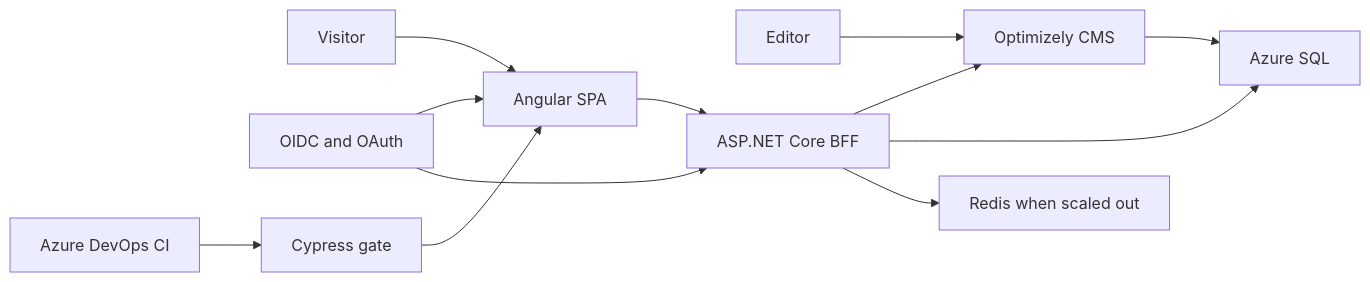
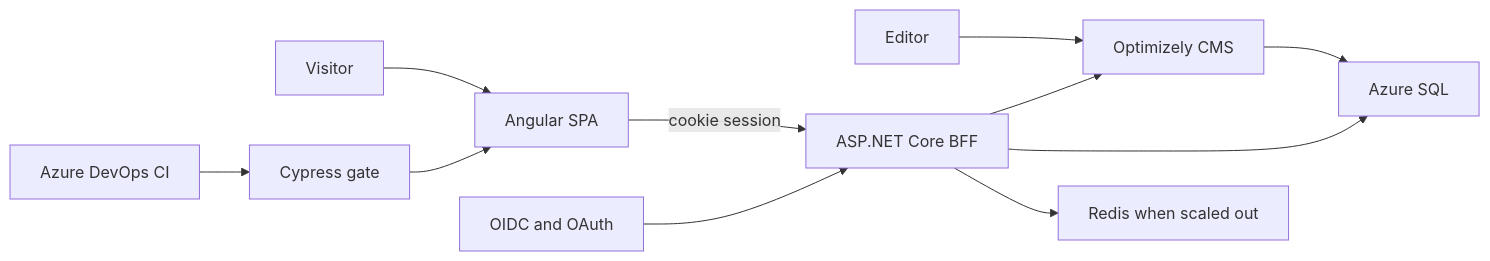
Before and after one commit to SDS37/CMS-Example: the diagram in docs/origin-requirements.md, drawn with Mermaid. The commit also changed other lines of this file and 19 other files, not shown here.

First line of the commit message:
feat(auth): keep OAuth tokens in the BFF session

````diff
--- a/docs/origin-requirements.md
+++ b/docs/origin-requirements.md
@@ -24,14 +24,13 @@
 ```mermaid
 flowchart LR
     editor[Editor] --> cms[Optimizely CMS]
     visitor[Visitor] --> spa[Angular SPA]
-    spa --> bff[ASP.NET Core BFF]
-    idp[OIDC and OAuth] --> spa
-    idp --> bff
+    spa -->|"cookie session"| bff[ASP.NET Core BFF]
+    idp[OIDC and OAuth] --> bff
     bff --> cms
     bff --> sql[Azure SQL]
     cms --> sql
     bff --> redis[Redis when scaled out]
     ci[Azure DevOps CI] --> cypress[Cypress gate]
     cypress --> spa
 ```
````
